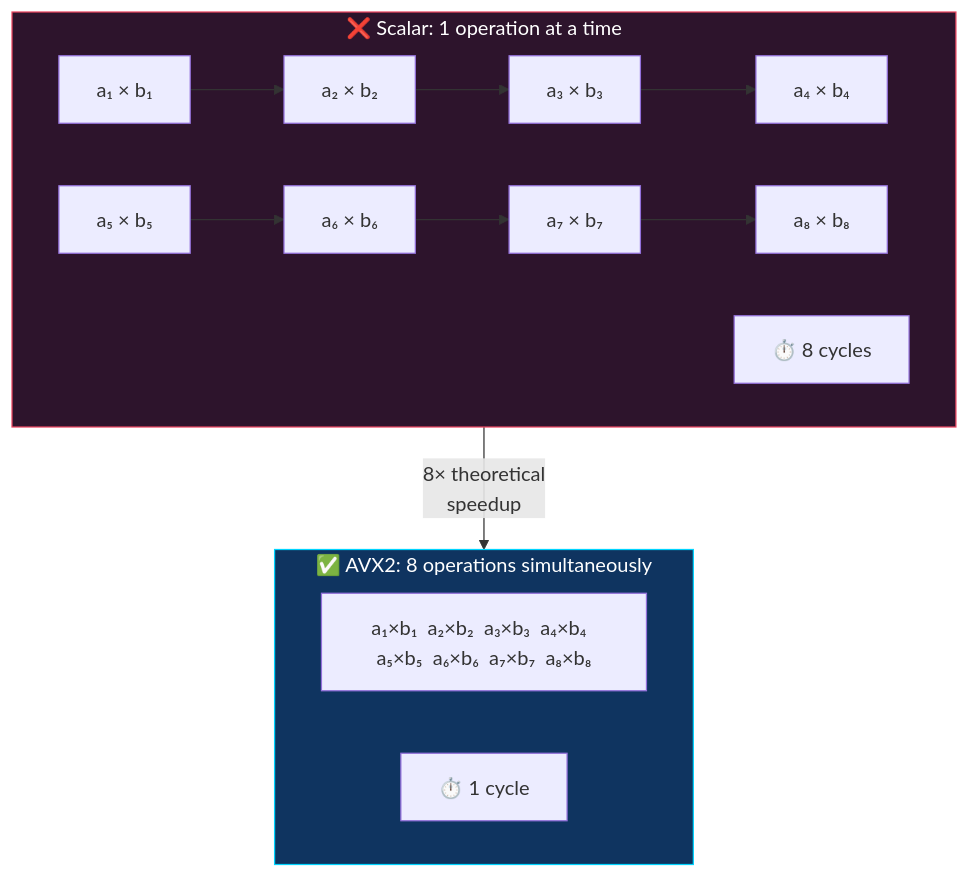
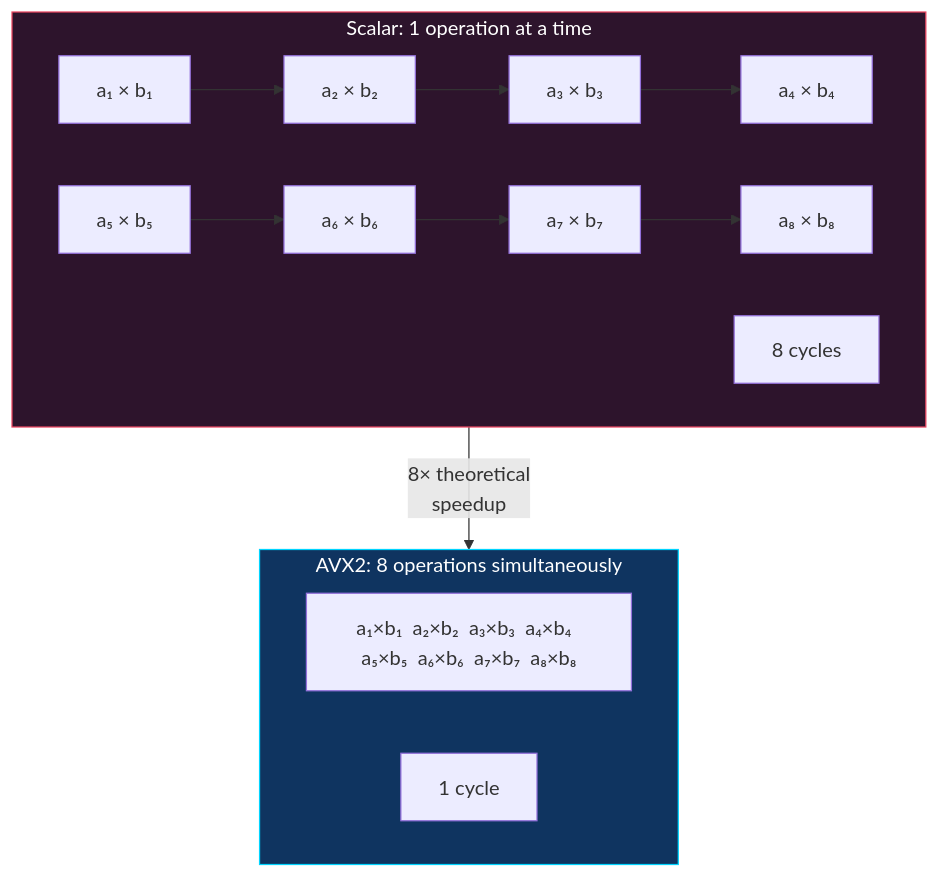
Diagram 18 of 25 in docs/project_documentation.md (ch09/Low_Latency_Inference_optimization_LLM-LL_LLM-), drawn with Mermaid before and after one commit. The commit also changed other lines of this file and 1 other file, not shown here.

````diff
--- a/docs/project_documentation.md
+++ b/docs/project_documentation.md
@@ -619,20 +619,20 @@
 ```mermaid
 flowchart TB
-    subgraph Scalar["❌ Scalar: 1 operation at a time"]
+    subgraph Scalar["Scalar: 1 operation at a time"]
         direction LR
         S1["a₁ × b₁"] --> S2["a₂ × b₂"] --> S3["a₃ × b₃"] --> S4["a₄ × b₄"]
         S5["a₅ × b₅"] --> S6["a₆ × b₆"] --> S7["a₇ × b₇"] --> S8["a₈ × b₈"]
-        ST["⏱️ 8 cycles"]
+        ST["8 cycles"]
     end
 
-    subgraph AVX2["✅ AVX2: 8 operations simultaneously"]
+    subgraph AVX2["AVX2: 8 operations simultaneously"]
         direction LR
         V1["a₁×b₁  a₂×b₂  a₃×b₃  a₄×b₄  a₅×b₅  a₆×b₆  a₇×b₇  a₈×b₈"]
-        VT["⏱️ 1 cycle"]
+        VT["1 cycle"]
     end
 
     Scalar -->|"8× theoretical<br/>speedup"| AVX2
 
     style Scalar fill:#2d142c,stroke:#e94560,color:#fff
     style AVX2 fill:#0f3460,stroke:#00d4ff,color:#fff
 ```
````
